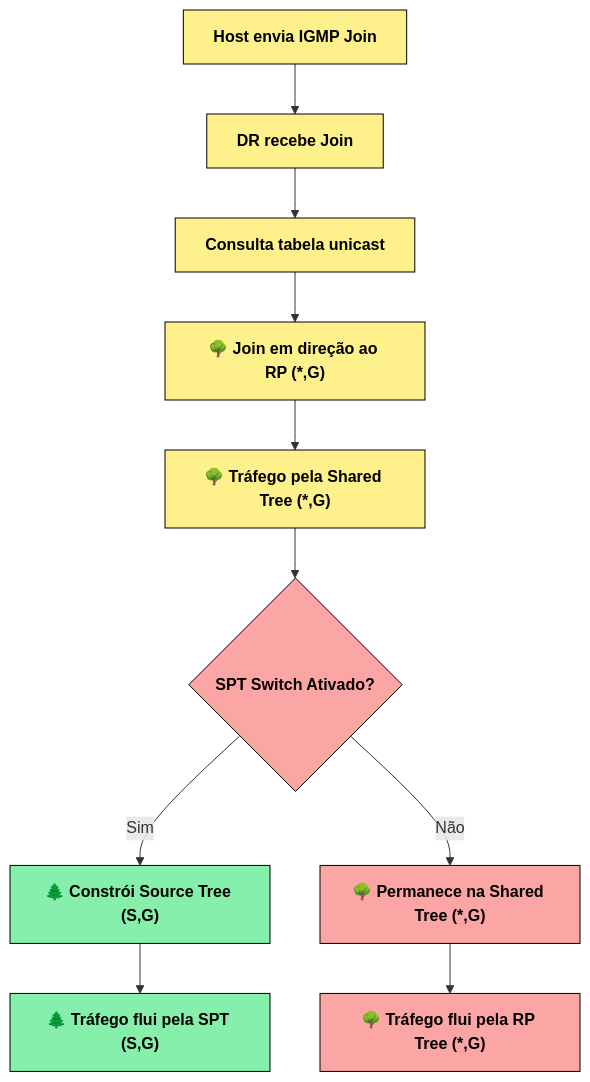
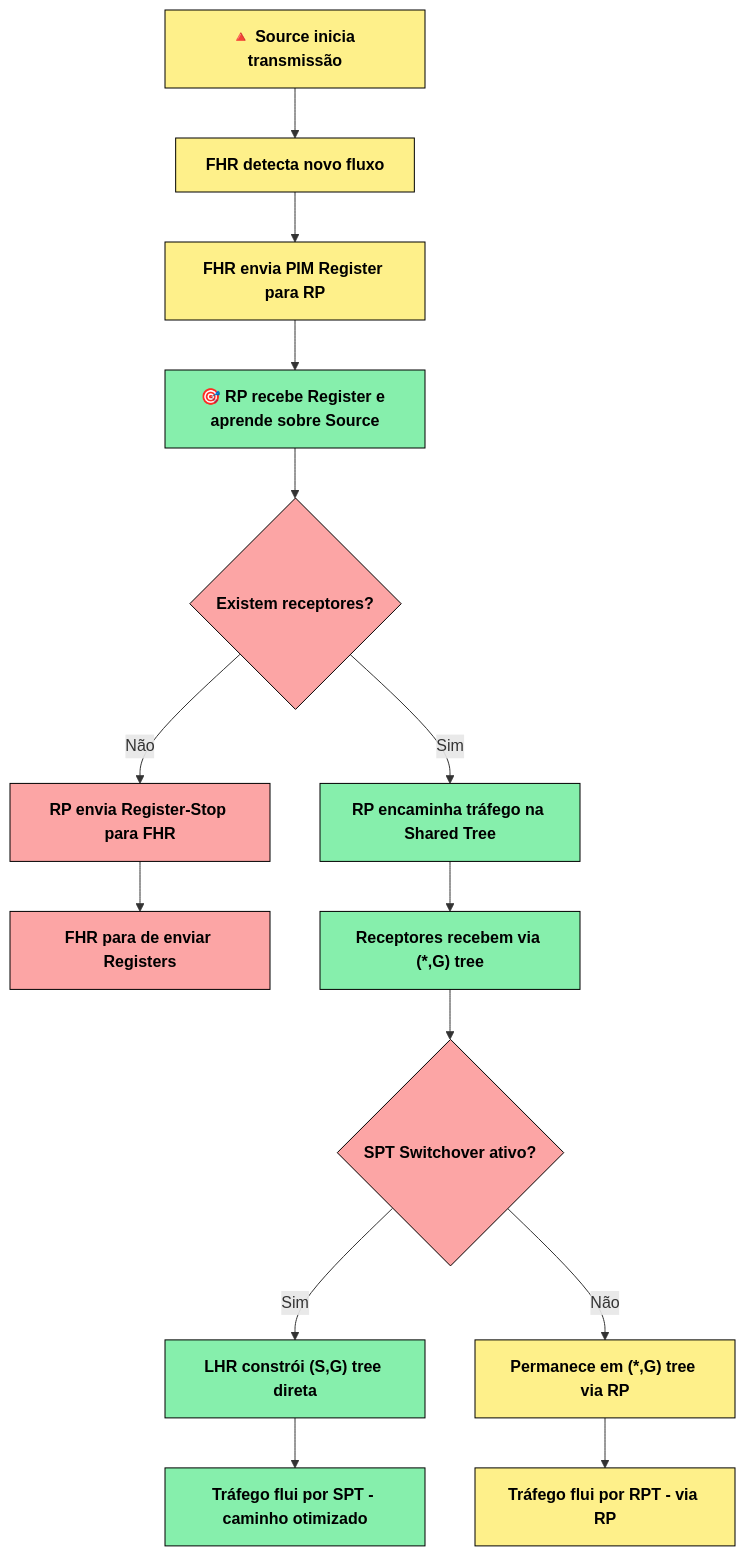
The first of 2 diagrams in CCNP 350-401 ENCOR/03 - Infrastructure/01 - Multicast/04 - PIM - Rendezvous Points/README.md (alcancil/Cisco), drawn with Mermaid before and after one commit. The commit also changed other lines of this file, not shown here.

Commit message:
Adicionado a pasta 04 - Pim - Rendezvouz Points.

````diff
--- a/CCNP 350-401 ENCOR/03 - Infrastructure/01 - Multicast/04 - PIM - Rendezvous Points/README.md
+++ b/CCNP 350-401 ENCOR/03 - Infrastructure/01 - Multicast/04 - PIM - Rendezvous Points/README.md
@@ -319,26 +235,32 @@
 ```mermaid
 flowchart TD
-    A["Host envia IGMP Join"] --> B["DR recebe Join"]
-    B --> C["Consulta tabela unicast"]
-    C --> D["🌳 Join em direção ao RP (*,G)"]
-    D --> E["🌳 Tráfego pela Shared Tree (*,G)"]
-    E --> F{"SPT Switch Ativado?"}
-    F -- Sim --> G["🌲 Constrói Source Tree (S,G)"]
-    F -- Não --> H["🌳 Permanece na Shared Tree (*,G)"]
-    G --> I["🌲 Tráfego flui pela SPT (S,G)"]
-    H --> J["🌳 Tráfego flui pela RP Tree (*,G)"]
-    %% Estilos (esquema de farol)
-    %% Amarelo (início / intermediário)
-    style A fill:#fef08a,stroke:#000,stroke-width:1px,color:#000,font-weight:bold
-    style B fill:#fef08a,stroke:#000,stroke-width:1px,color:#000,font-weight:bold
-    style C fill:#fef08a,stroke:#000,stroke-width:1px,color:#000,font-weight:bold
-    style D fill:#fef08a,stroke:#000,stroke-width:1px,color:#000,font-weight:bold
-    style E fill:#fef08a,stroke:#000,stroke-width:1px,color:#000,font-weight:bold
-    %% Vermelho (decisão / permanência RP)
-    style F fill:#fca5a5,stroke:#000,stroke-width:1px,color:#000,font-weight:bold
-    style H fill:#fca5a5,stroke:#000,stroke-width:1px,color:#000,font-weight:bold
-    %% Verde (SPT ativo / fluxo final)
-    style G fill:#86efac,stroke:#000,stroke-width:1px,color:#000,font-weight:bold
-    style I fill:#86efac,stroke:#000,stroke-width:1px,color:#000,font-weight:bold
-    style J fill:#fca5a5,stroke:#000,stroke-width:1px,color:#000,font-weight:bold
+    A["🔺 Source inicia transmissão"] --> B["FHR detecta novo fluxo"]
+    B --> C["FHR envia PIM Register para RP"]
+    C --> D["🎯 RP recebe Register e aprende sobre Source"]
+    D --> E{"Existem receptores?"}
+    E -- Não --> F["RP envia Register-Stop para FHR"]
+    E -- Sim --> G["RP encaminha tráfego na Shared Tree"]
+    F --> H["FHR para de enviar Registers"]
+    G --> I["Receptores recebem via (*,G) tree"]
+    I --> J{"SPT Switchover ativo?"}
+    J -- Sim --> K["LHR constrói (S,G) tree direta"]
+    J -- Não --> L["Permanece em (*,G) tree via RP"]
+    K --> M["Tráfego flui por SPT - caminho otimizado"]
+    L --> N["Tráfego flui por RPT - via RP"]
+
+%% Estilos
+style A fill:#fef08a,stroke:#000,stroke-width:1px,color:#000,font-weight:bold
+style B fill:#fef08a,stroke:#000,stroke-width:1px,color:#000,font-weight:bold
+style C fill:#fef08a,stroke:#000,stroke-width:1px,color:#000,font-weight:bold
+style D fill:#86efac,stroke:#000,stroke-width:1px,color:#000,font-weight:bold
+style E fill:#fca5a5,stroke:#000,stroke-width:1px,color:#000,font-weight:bold
+style F fill:#fca5a5,stroke:#000,stroke-width:1px,color:#000,font-weight:bold
+style G fill:#86efac,stroke:#000,stroke-width:1px,color:#000,font-weight:bold
+style H fill:#fca5a5,stroke:#000,stroke-width:1px,color:#000,font-weight:bold
+style I fill:#86efac,stroke:#000,stroke-width:1px,color:#000,font-weight:bold
+style J fill:#fca5a5,stroke:#000,stroke-width:1px,color:#000,font-weight:bold
+style K fill:#86efac,stroke:#000,stroke-width:1px,color:#000,font-weight:bold
+style L fill:#fef08a,stroke:#000,stroke-width:1px,color:#000,font-weight:bold
+style M fill:#86efac,stroke:#000,stroke-width:1px,color:#000,font-weight:bold
+style N fill:#fef08a,stroke:#000,stroke-width:1px,color:#000,font-weight:bold
 ```
````
